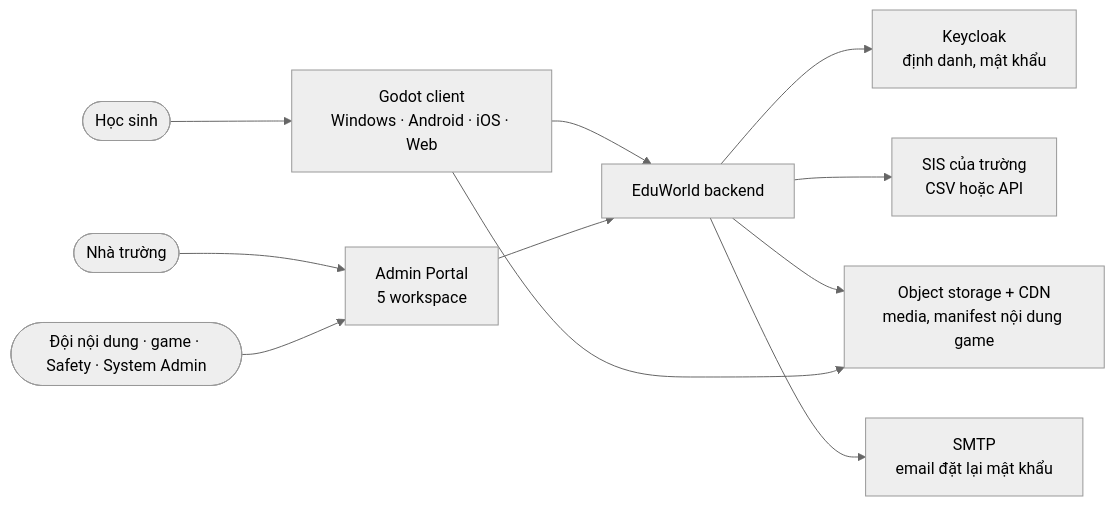
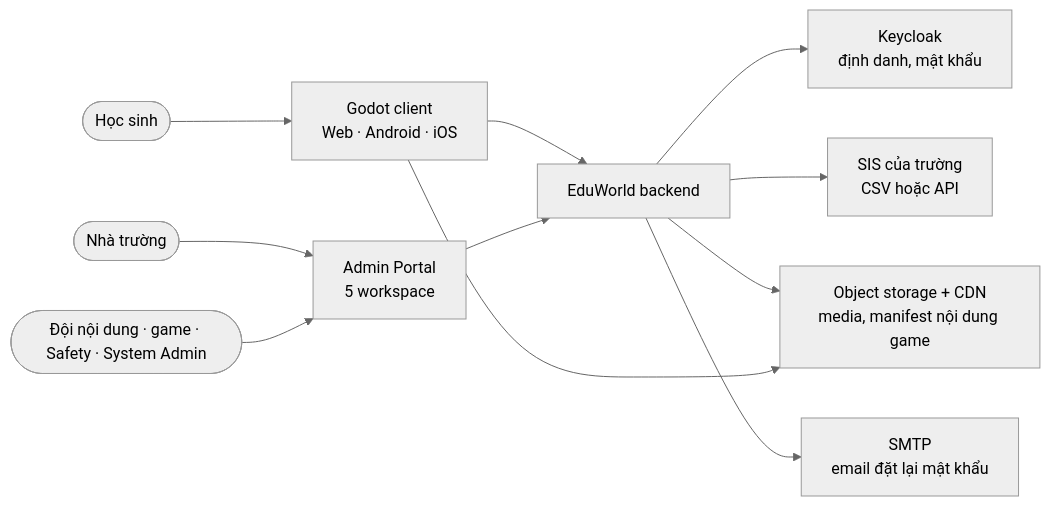
Before and after one commit to tanguyen2020/eduworld-platform: the first of 11 diagrams in README.md, drawn with Mermaid (neutral theme). The commit also changed other lines of this file and 86 other files, not shown here.

First line of the commit message:
docs: align owner docs and feature specs with ADR-0101 (client only Web, Android, iOS)

````diff
--- a/README.md
+++ b/README.md
@@ -98,13 +98,13 @@
 ```mermaid
 flowchart LR
-  HS(["Học sinh"]) --> GC["Godot client<br/>Windows · Android · iOS · Web"]
+  HS(["Học sinh"]) --> GC["Godot client<br/>Web · Android · iOS"]
   NT(["Nhà trường"]) --> AP["Admin Portal<br/>5 workspace"]
   OP(["Đội nội dung · game · Safety · System Admin"]) --> AP
   GC --> EW["EduWorld backend"]
   AP --> EW
   EW --> KC["Keycloak<br/>định danh, mật khẩu"]
   EW --> SIS["SIS của trường<br/>CSV hoặc API"]
   EW --> OS["Object storage + CDN<br/>media, manifest nội dung game"]
   EW --> MAIL["SMTP<br/>email đặt lại mật khẩu"]
   GC --> OS
 ```
````
